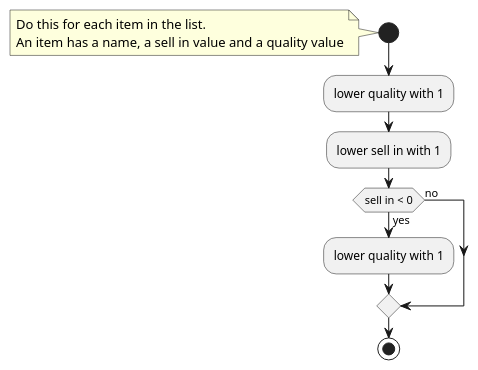
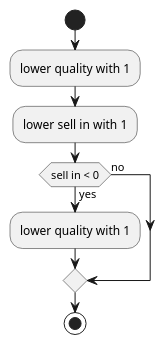
Before and after one commit to emilybache/GildedRose-Refactoring-Kata: the diagram in plantuml/history/02_sell-by-passed.puml, drawn with PlantUML. The commit also changed 10 other files, not shown here.

```diff
--- a/plantuml/history/02_sell-by-passed.puml
+++ b/plantuml/history/02_sell-by-passed.puml
@@ -1,19 +1,17 @@
 @startuml
 
+skinparam backgroundColor transparent
+
 start
-note left
-    Do this for each item in the list.
-    An item has a name, a sell in value and a quality value
-end note
 
 :lower quality with 1;
 :lower sell in with 1;
 
 if (sell in < 0) then (yes)
     :lower quality with 1;
 else (no)
 endif
 
 stop
 
 @enduml
```
